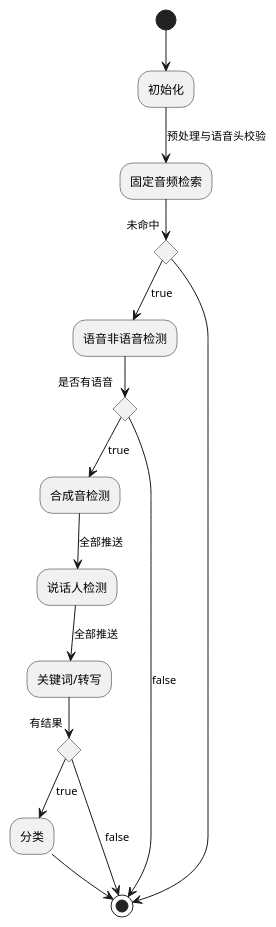
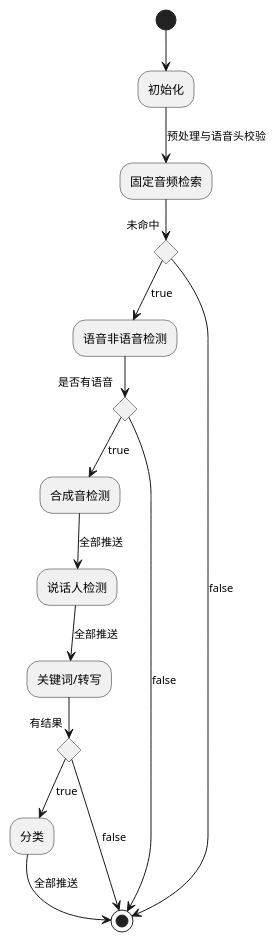
Before and after one commit to joqk12345/-: the diagram in _drafts/test03.pu, drawn with PlantUML.

Commit message:
流程图更新

```diff
--- a/_drafts/test03.pu
+++ b/_drafts/test03.pu
@@ -2,25 +2,25 @@
 @startuml
 (*) --> "初始化"
 -->[预处理与语音头校验] "固定音频检索"
 if "未命中" then
 --> [true] "语音非语音检测"
   if "是否有语音" then
     --> [true] "合成音检测"
     --> [全部推送] "说话人检测"
     --> [全部推送] "关键词/转写"
     if "有结果" then
       --> [true] "分类"
-      --> (*)
+      -->[全部推送] (*)
     else
       --> [false] (*)
       endif
   else
       --> [false] (*)
       endif
 else
-  --> (*)
+  -->[false] (*)
 endif
 
 
 
 @enduml
```
